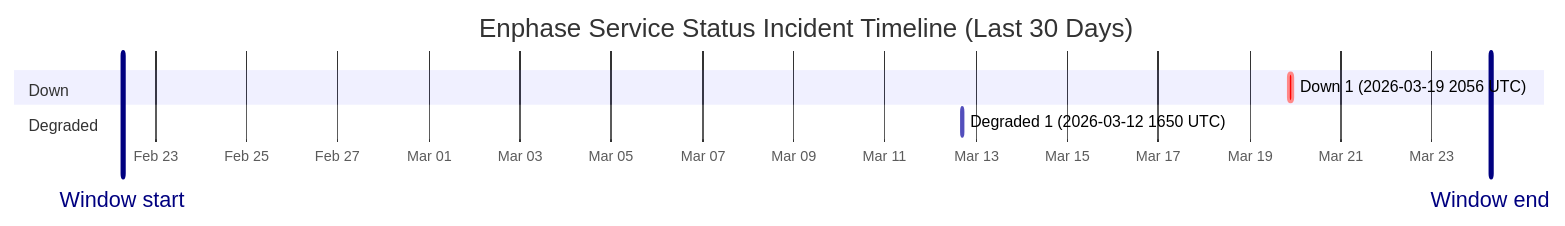
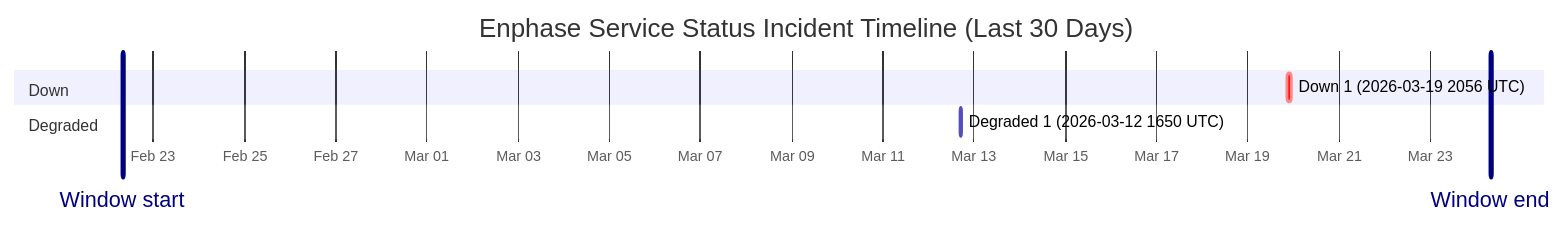
One commit to barneyonline/ha-enphase-ev-charger changed the diagram in wiki/Service-Status-History.md. Above: the diagram before and after it, drawn with Mermaid. The commit also changed other lines of this file and 3 other files, not shown here.

````diff
--- a/wiki/Service-Status-History.md
+++ b/wiki/Service-Status-History.md
@@ -14,12 +14,12 @@
 ```mermaid
 gantt
     title Enphase Service Status Incident Timeline (Last 30 Days)
     dateFormat  YYYY-MM-DDTHH:mm:ss
     axisFormat  %b %d
-    Window start :vert, window-start, 2026-02-22T06:53:05, 0ms
-    Window end :vert, window-end, 2026-03-24T06:53:05, 0ms
+    Window start :vert, window-start, 2026-02-22T07:48:42, 0ms
+    Window end :vert, window-end, 2026-03-24T07:48:42, 0ms
     section Down
     Down 1 (2026-03-19 2056 UTC) :crit, down-1, 2026-03-19T20:56:20, 145m
     section Degraded
     Degraded 1 (2026-03-12 1650 UTC) :active, degraded-1, 2026-03-12T16:50:43, 60m
 ```
````
